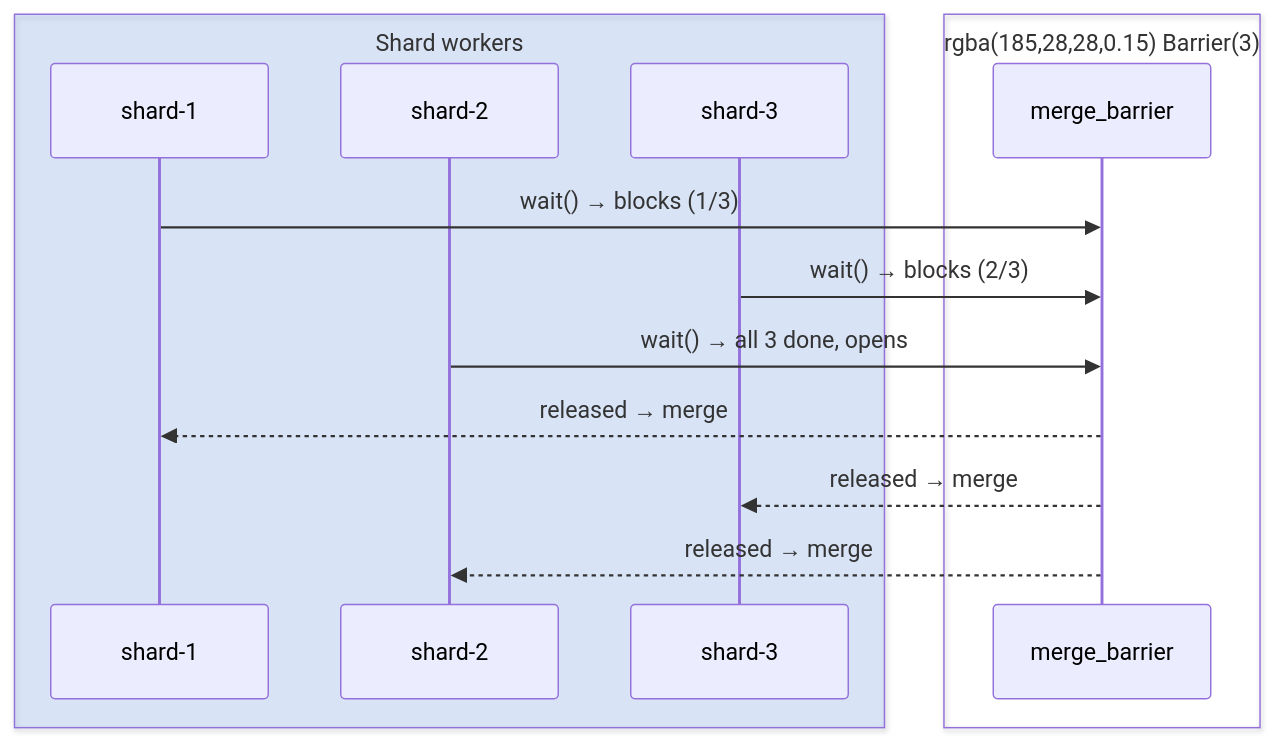
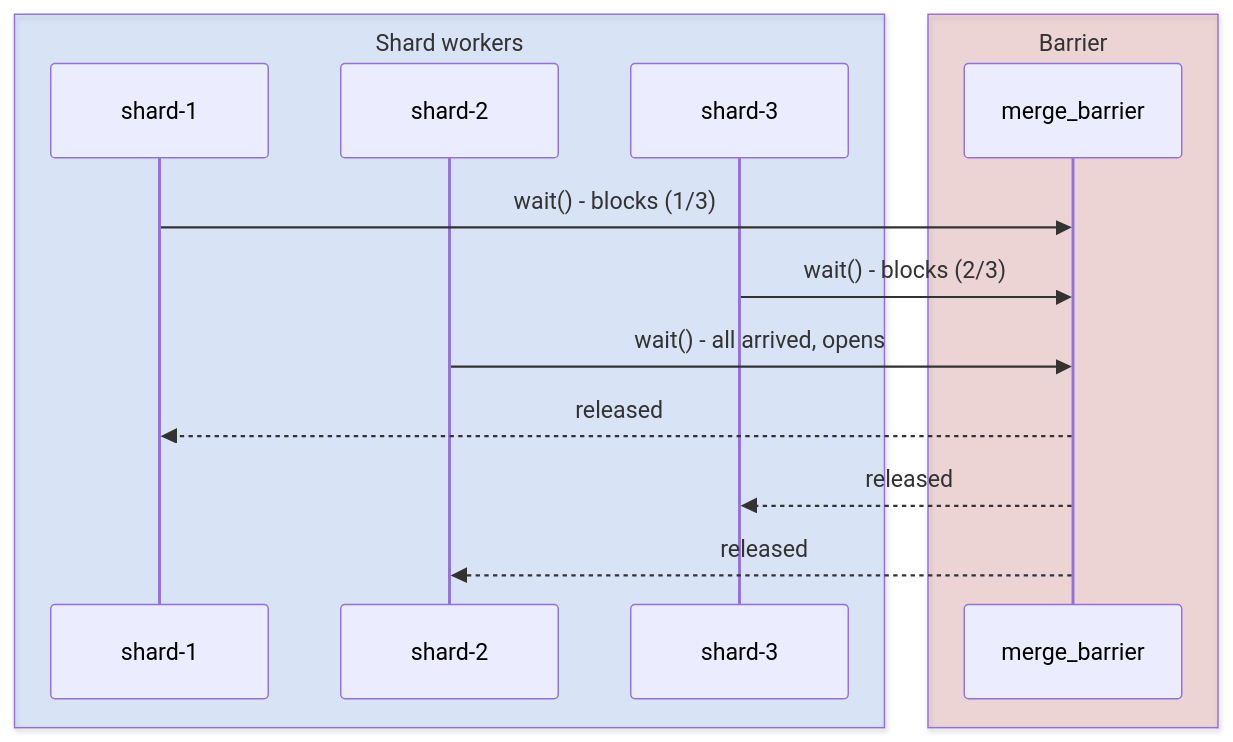
One commit to gaborbernat/bernat-tech changed the second of 16 diagrams in content/posts/blanket-deterministic-threading/index.md. Above: the diagram before and after it, drawn with Mermaid. The commit also changed other lines of this file, not shown here.

First line of the commit message:
Fix mermaid diagrams: validate with mmdc, fix activation syntax

````diff
--- a/content/posts/blanket-deterministic-threading/index.md
+++ b/content/posts/blanket-deterministic-threading/index.md
@@ -162,18 +170,18 @@
 ```mermaid
 sequenceDiagram
     box rgba(59,130,246,0.15) Shard workers
         participant S1 as shard-1
         participant S2 as shard-2
         participant S3 as shard-3
     end
-    box rgba(185,28,28,0.15) Barrier(3)
+    box rgba(185,28,28,0.15) Barrier
         participant Bar as merge_barrier
     end
 
-    S1->>Bar: wait() → blocks (1/3)
-    S3->>Bar: wait() → blocks (2/3)
-    S2->>Bar: wait() → all 3 done, opens
-    Bar-->>S1: released → merge
-    Bar-->>S3: released → merge
-    Bar-->>S2: released → merge
+    S1->>Bar: wait() - blocks (1/3)
+    S3->>Bar: wait() - blocks (2/3)
+    S2->>Bar: wait() - all arrived, opens
+    Bar-->>S1: released
+    Bar-->>S3: released
+    Bar-->>S2: released
 ```
````
